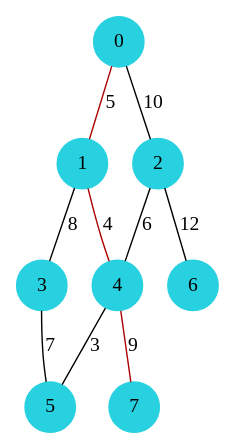
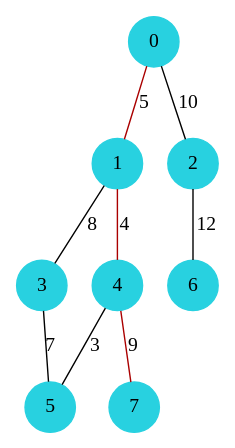
The diagram in assignments/graphs/data/dijkstra.dot (bidinpithecus/CAL0002), drawn with Graphviz before and after one commit. The commit also changed 8 other files, not shown here.

```diff
--- a/assignments/graphs/data/dijkstra.dot
+++ b/assignments/graphs/data/dijkstra.dot
@@ -1,29 +1,28 @@
 strict graph BusStops {
+	splines = line
 	node [shape = circle, style = filled, color = "#28d1e0"]; 0;
 	node [shape = circle, style = filled, color = "#28d1e0"]; 1;
 	node [shape = circle, style = filled, color = "#28d1e0"]; 2;
 	node [shape = circle, style = filled, color = "#28d1e0"]; 3;
 	node [shape = circle, style = filled, color = "#28d1e0"]; 4;
 	node [shape = circle, style = filled, color = "#28d1e0"]; 5;
 	node [shape = circle, style = filled, color = "#28d1e0"]; 6;
 	node [shape = circle, style = filled, color = "#28d1e0"]; 7;
 
 	0 -- 1 [color = "#aa0000", label = 5];
 	0 -- 2 [label = 10];
 	1 -- 0 [color = "#aa0000", label = 5];
 	1 -- 3 [label = 8];
 	1 -- 4 [color = "#aa0000", label = 4];
 	2 -- 0 [label = 10];
-	2 -- 4 [label = 6];
 	2 -- 6 [label = 12];
 	3 -- 1 [label = 8];
 	3 -- 5 [label = 7];
 	4 -- 1 [color = "#aa0000", label = 4];
-	4 -- 2 [label = 6];
 	4 -- 5 [label = 3];
 	4 -- 7 [color = "#aa0000", label = 9];
 	5 -- 3 [label = 7];
 	5 -- 4 [label = 3];
 	6 -- 2 [label = 12];
 	7 -- 4 [color = "#aa0000", label = 9];
 }
```
